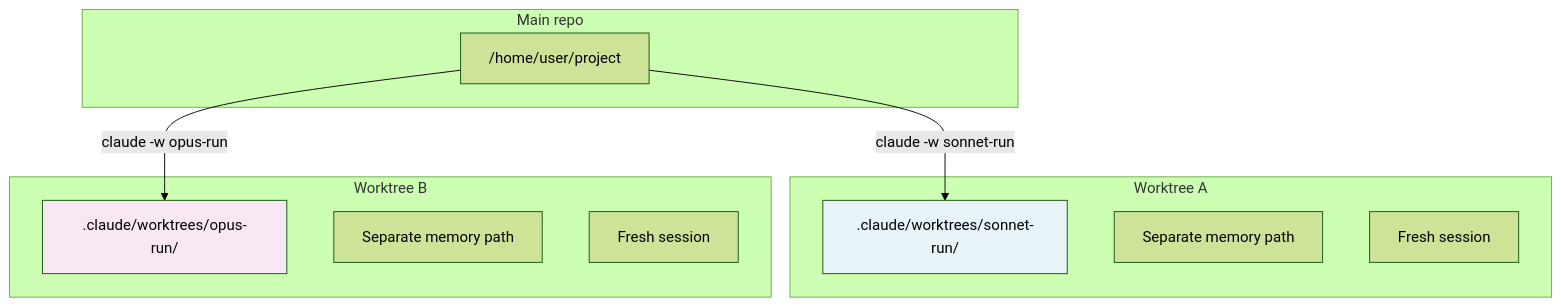
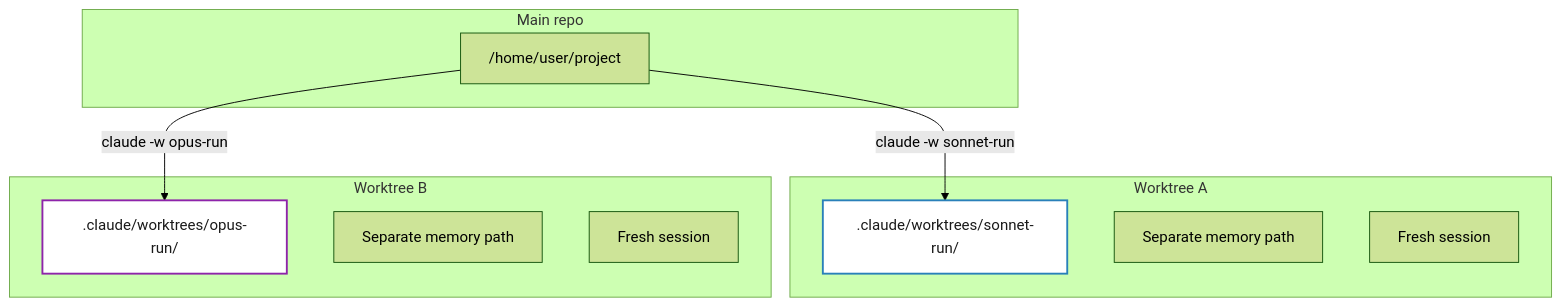
Before and after one commit to INS-JVidal/beyond-vibe-coding: the second of 5 diagrams in src/content/blog/en/dual-model-code-review.md, drawn with Mermaid (forest theme). The commit also changed other lines of this file and 1 other file, not shown here.

First line of the commit message:
Style mermaid diagrams with high-contrast colors

````diff
--- a/src/content/blog/en/dual-model-code-review.md
+++ b/src/content/blog/en/dual-model-code-review.md
@@ -61,24 +61,24 @@
 ```mermaid
 graph TB
     subgraph "Main repo"
         REPO["/home/user/project"]
     end
 
     subgraph "Worktree A"
         WT_A[".claude/worktrees/sonnet-run/"]
         MEM_A["Separate memory path"]
         S_A["Fresh session"]
     end
 
     subgraph "Worktree B"
         WT_B[".claude/worktrees/opus-run/"]
         MEM_B["Separate memory path"]
         S_B["Fresh session"]
     end
 
     REPO --> |"claude -w sonnet-run"| WT_A
     REPO --> |"claude -w opus-run"| WT_B
 
-    style WT_A fill:#e8f4f8
-    style WT_B fill:#f8e8f4
+    style WT_A fill:#fff,stroke:#2980b9,stroke-width:2px,color:#1a1a1a
+    style WT_B fill:#fff,stroke:#8e24aa,stroke-width:2px,color:#1a1a1a
 ```
````
